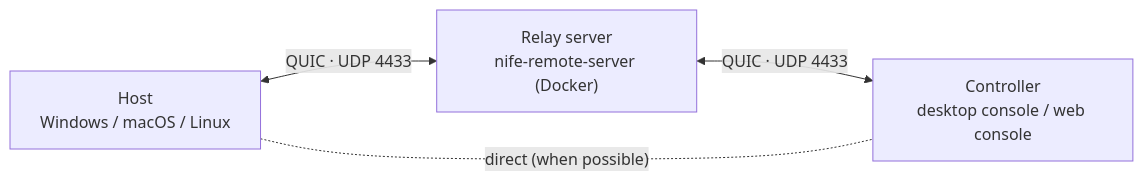
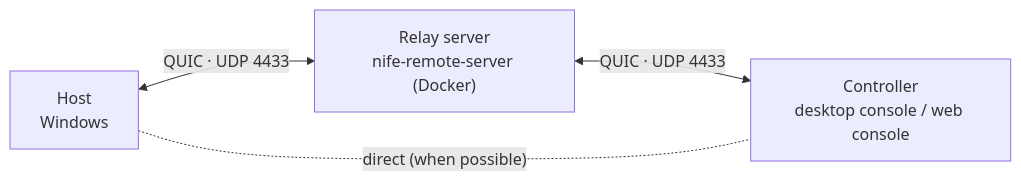
Before and after one commit to OliverMao/nife-remote: the diagram in README.md, drawn with Mermaid. The commit also changed other lines of this file and 34 other files, not shown here.

````diff
--- a/README.md
+++ b/README.md
@@ -58,9 +56,9 @@
 ```mermaid
 flowchart LR
-    host["Host<br>Windows / macOS / Linux"]
+    host["Host<br>Windows"]
     relay["Relay server<br>nife-remote-server (Docker)"]
     ctrl["Controller<br>desktop console / web console"]
     host <-->|"QUIC · UDP 4433"| relay
     relay <-->|"QUIC · UDP 4433"| ctrl
     host -. "direct (when possible)" .- ctrl
 ```
````
